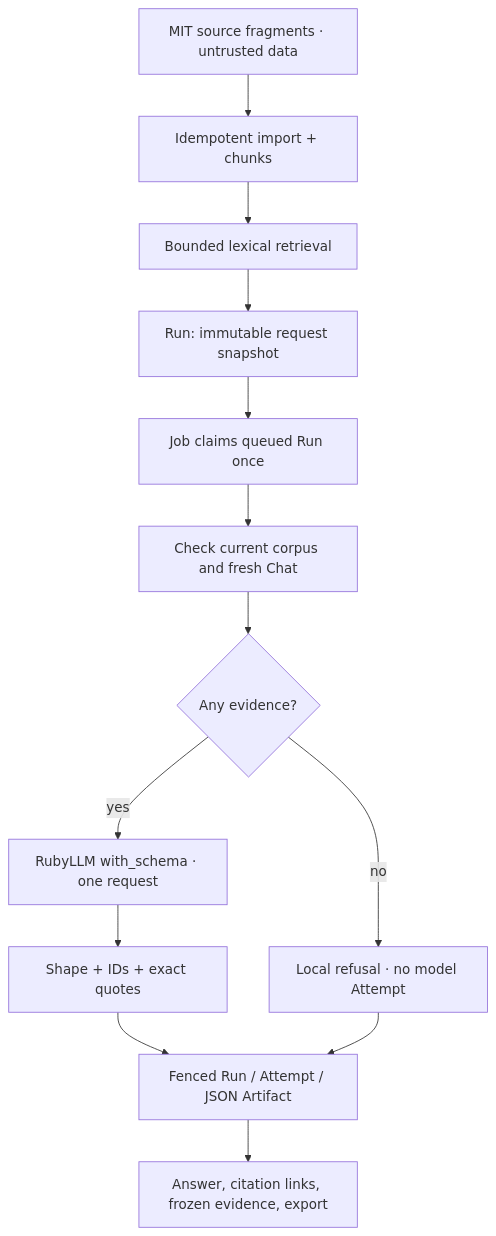
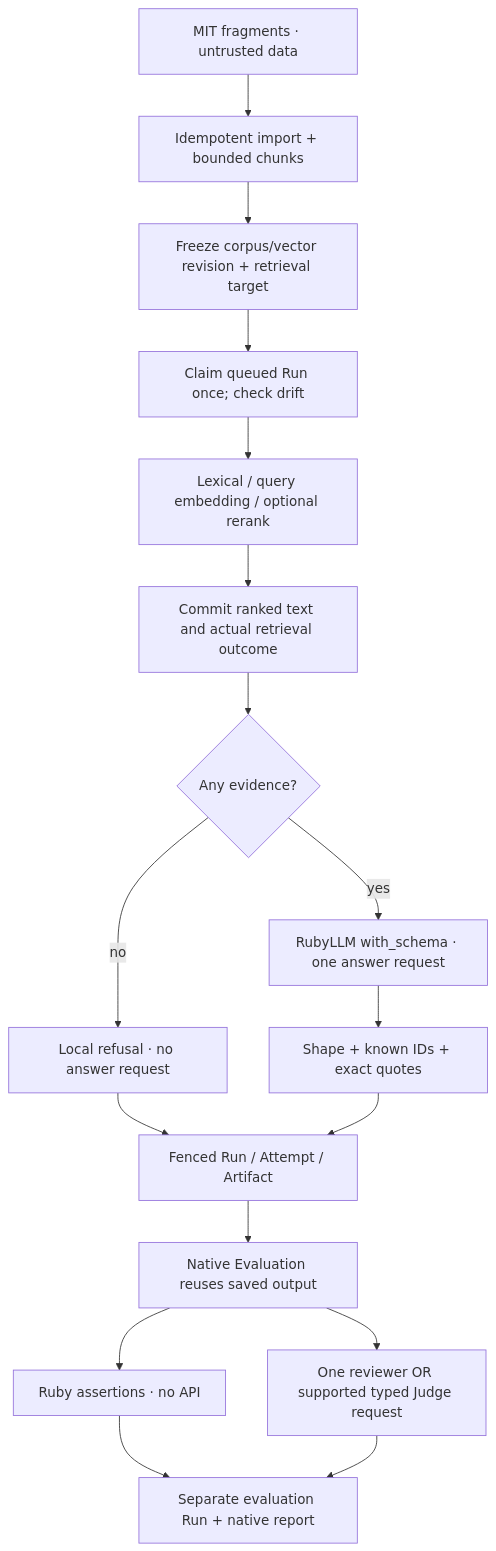
The diagram in docs/GROUNDED_ANSWERS.md (yorzi/rubyllm-workbench), drawn with Mermaid before and after one commit. The commit also changed other lines of this file and 58 other files, not shown here.

Commit message:
Attribute retrieval usage and add native saved-answer evaluation

````diff
--- a/docs/GROUNDED_ANSWERS.md
+++ b/docs/GROUNDED_ANSWERS.md
@@ -54,15 +66,19 @@
 ```mermaid
 flowchart TD
-    Sources["MIT source fragments · untrusted data"] --> Import["Idempotent import + chunks"]
-    Import --> Retrieve["Bounded lexical retrieval"]
-    Retrieve --> Freeze["Run: immutable request snapshot"]
-    Freeze --> Claim["Job claims queued Run once"]
-    Claim --> Check["Check current corpus and fresh Chat"]
-    Check --> Empty{"Any evidence?"}
-    Empty -- no --> Refuse["Local refusal · no model Attempt"]
-    Empty -- yes --> Model["RubyLLM with_schema · one request"]
-    Model --> Validate["Shape + IDs + exact quotes"]
-    Validate --> Finish["Fenced Run / Attempt / JSON Artifact"]
-    Refuse --> Finish
-    Finish --> Inspect["Answer, citation links, frozen evidence, export"]
+    Sources["MIT fragments · untrusted data"] --> Import["Idempotent import + bounded chunks"]
+    Import --> Config["Freeze corpus/vector revision + retrieval target"]
+    Config --> Worker["Claim queued Run once; check drift"]
+    Worker --> Retrieve["Lexical / query embedding / optional rerank"]
+    Retrieve --> Freeze["Commit ranked text and actual retrieval outcome"]
+    Freeze --> Empty{"Any evidence?"}
+    Empty -- no --> Refuse["Local refusal · no answer request"]
+    Empty -- yes --> Model["RubyLLM with_schema · one answer request"]
+    Model --> Validate["Shape + known IDs + exact quotes"]
+    Refuse --> Finish["Fenced Run / Attempt / Artifact"]
+    Validate --> Finish
+    Finish --> Eval["Native Evaluation reuses saved output"]
+    Eval --> Assertions["Ruby assertions · no API"]
+    Eval --> Reviewer["One reviewer OR supported typed Judge request"]
+    Assertions --> Report["Separate evaluation Run + native report"]
+    Reviewer --> Report
 ```
````
